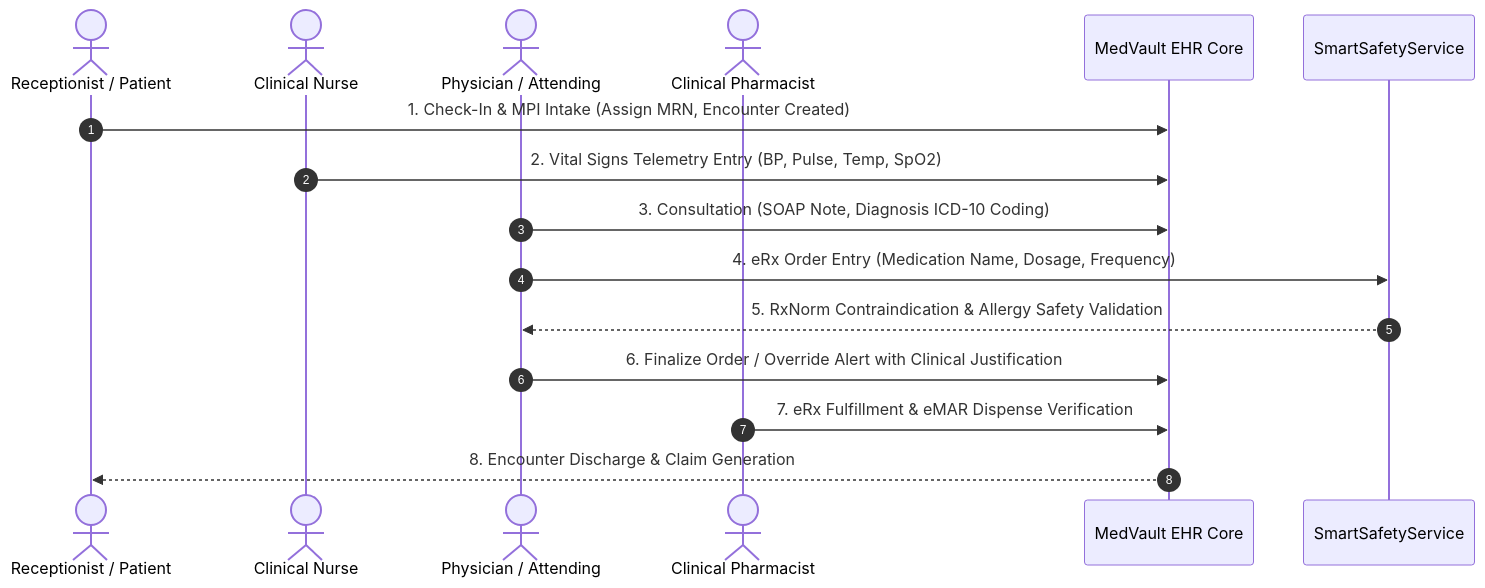
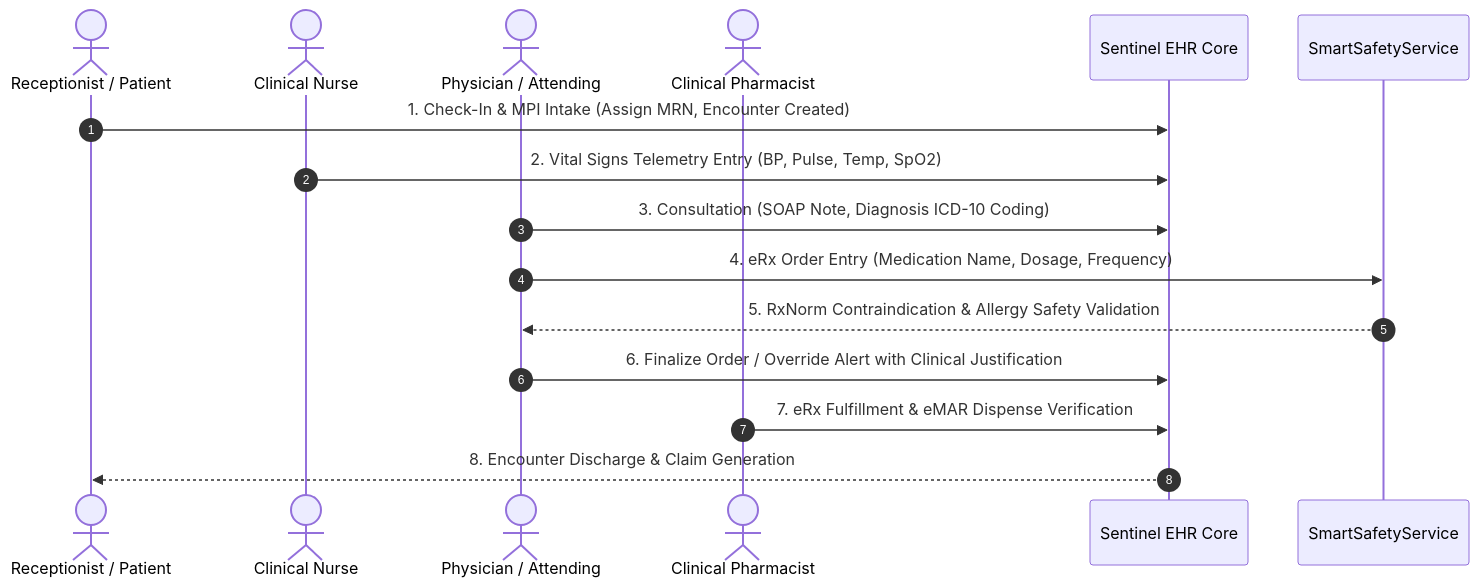
Before and after one commit to kamranxdev/Sentinel-EHR: the first of 2 diagrams in docs/clinical/clinical-workflows-spec.md, drawn with Mermaid. The commit also changed other lines of this file and 328 other files, not shown here.

Commit message:
refactor: migrate project namespace from com.medvault to com.sentinel and restructure core service modules

````diff
--- a/docs/clinical/clinical-workflows-spec.md
+++ b/docs/clinical/clinical-workflows-spec.md
@@ -25,19 +25,19 @@
 ```mermaid
 sequenceDiagram
     autonumber
     actor Receptionist as Receptionist / Patient
     actor Nurse as Clinical Nurse
     actor Doctor as Physician / Attending
     actor Pharmacist as Clinical Pharmacist
-    participant MedVault as MedVault EHR Core
+    participant Sentinel as Sentinel EHR Core
     participant Safety as SmartSafetyService
 
-    Receptionist->>MedVault: 1. Check-In & MPI Intake (Assign MRN, Encounter Created)
-    Nurse->>MedVault: 2. Vital Signs Telemetry Entry (BP, Pulse, Temp, SpO2)
-    Doctor->>MedVault: 3. Consultation (SOAP Note, Diagnosis ICD-10 Coding)
+    Receptionist->>Sentinel: 1. Check-In & MPI Intake (Assign MRN, Encounter Created)
+    Nurse->>Sentinel: 2. Vital Signs Telemetry Entry (BP, Pulse, Temp, SpO2)
+    Doctor->>Sentinel: 3. Consultation (SOAP Note, Diagnosis ICD-10 Coding)
     Doctor->>Safety: 4. eRx Order Entry (Medication Name, Dosage, Frequency)
     Safety-->>Doctor: 5. RxNorm Contraindication & Allergy Safety Validation
-    Doctor->>MedVault: 6. Finalize Order / Override Alert with Clinical Justification
-    Pharmacist->>MedVault: 7. eRx Fulfillment & eMAR Dispense Verification
-    MedVault-->>Receptionist: 8. Encounter Discharge & Claim Generation
+    Doctor->>Sentinel: 6. Finalize Order / Override Alert with Clinical Justification
+    Pharmacist->>Sentinel: 7. eRx Fulfillment & eMAR Dispense Verification
+    Sentinel-->>Receptionist: 8. Encounter Discharge & Claim Generation
 ```
````
